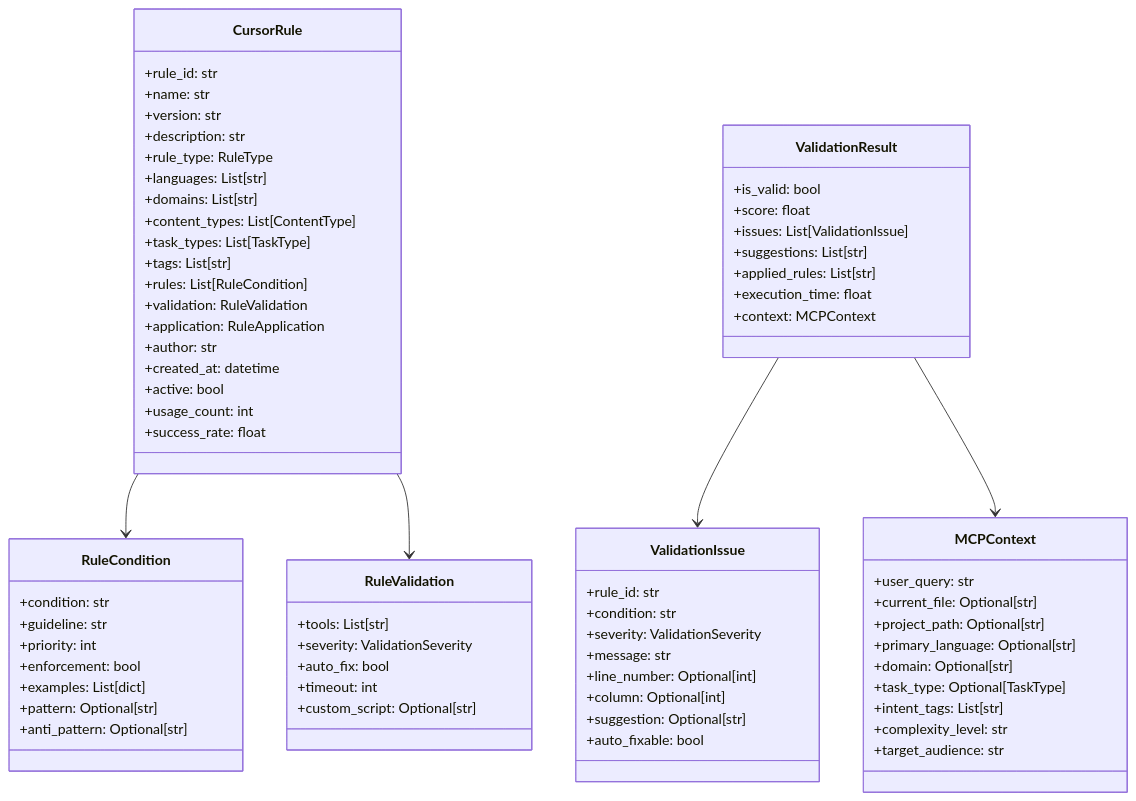
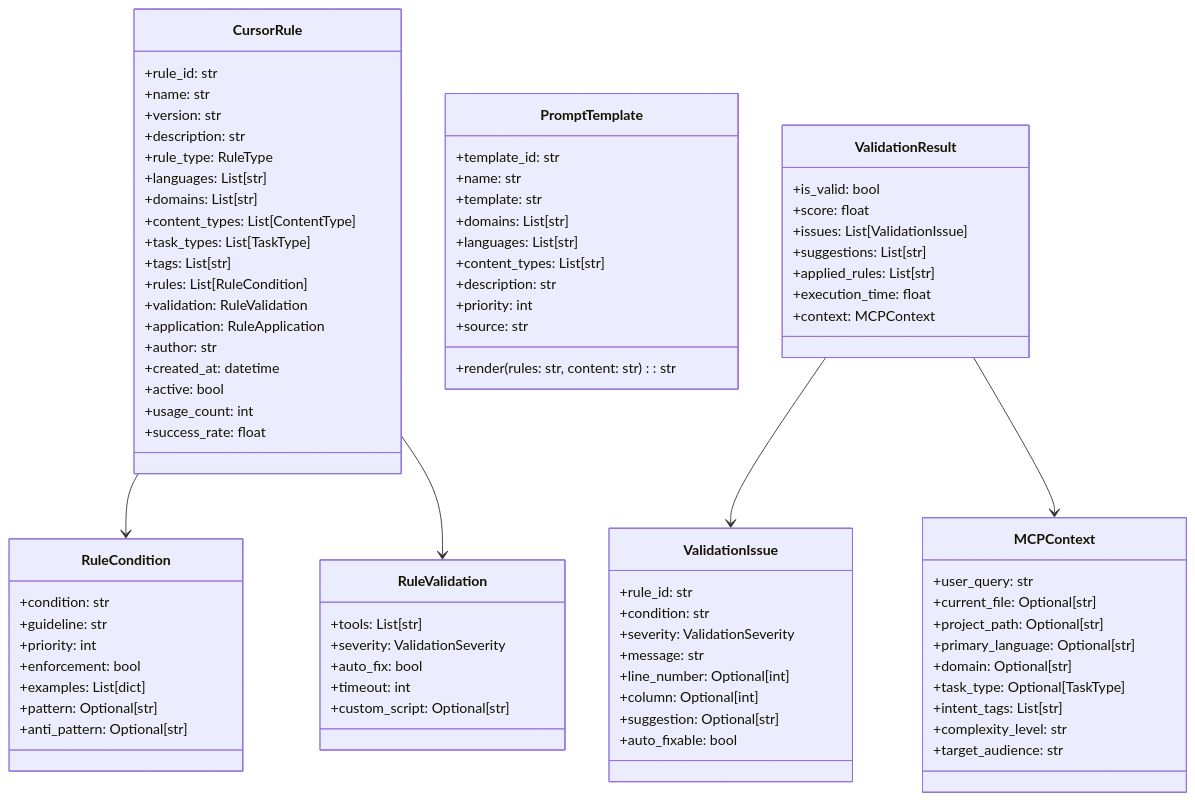
Before and after one commit to Mapoet/cursorrules-mcp: the seventh of 18 diagrams in docs/techs.md, drawn with Mermaid. The commit also changed other lines of this file and 1 other file, not shown here.

```diff
--- a/docs/techs.md
+++ b/docs/techs.md
@@ -323,6 +347,19 @@
         +active: bool
         +usage_count: int
         +success_rate: float
+    }
+    
+    class PromptTemplate {
+        +template_id: str
+        +name: str
+        +template: str
+        +domains: List[str]
+        +languages: List[str]
+        +content_types: List[str]
+        +description: str
+        +priority: int
+        +source: str
+        +render(rules: str, content: str): str
     }
     
     class RuleCondition {
```
